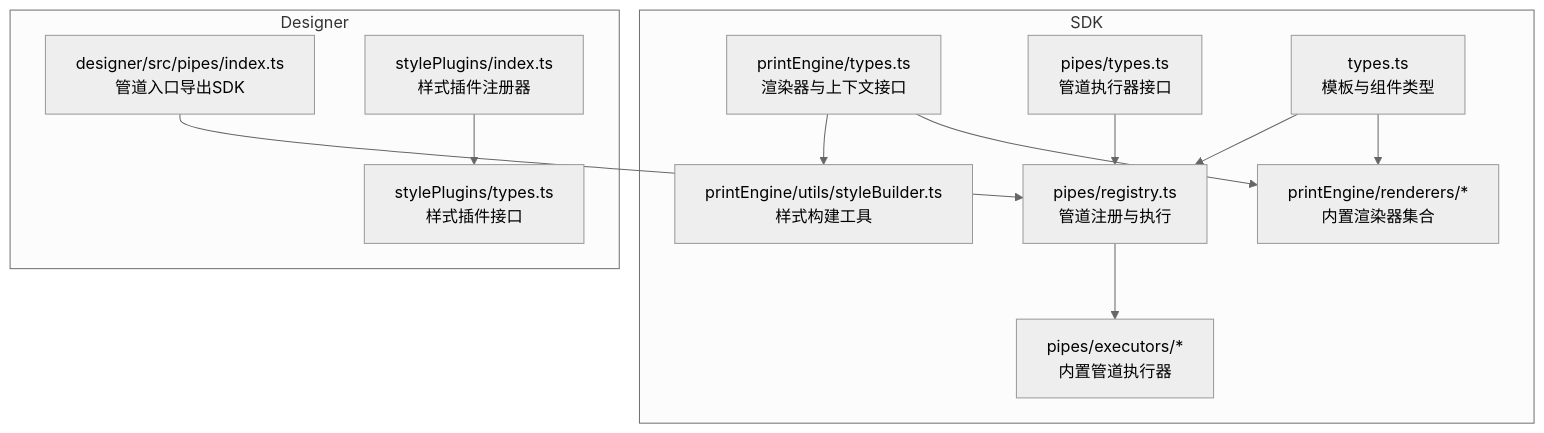
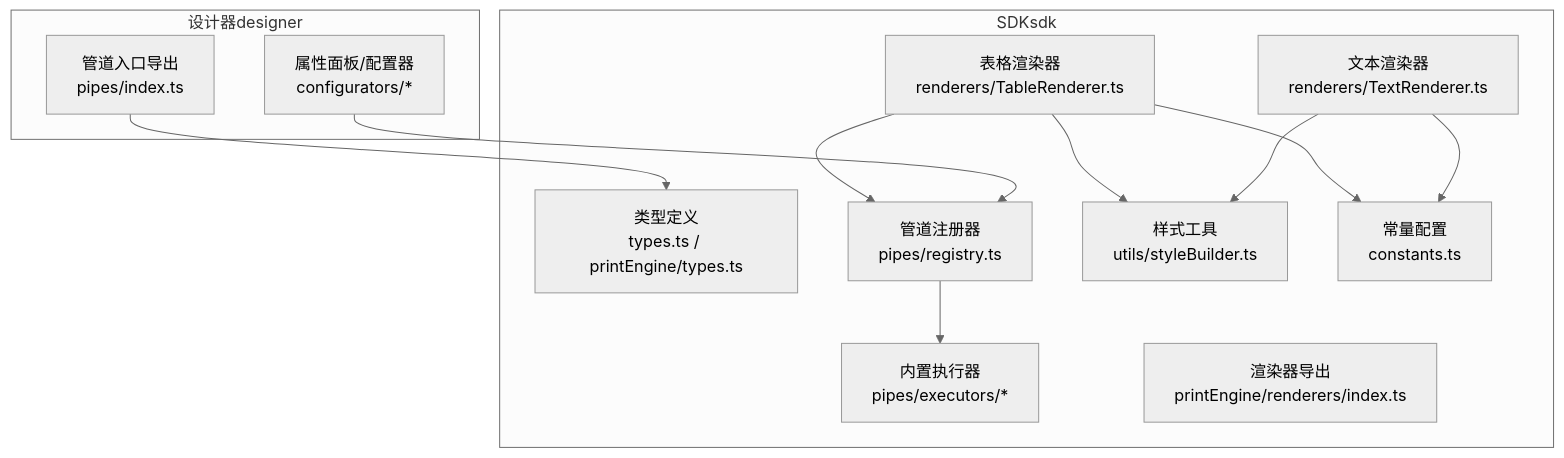
One commit to joker-yjc/printer changed the first of 5 diagrams in .qoder/repowiki/zh/content/扩展开发指南/扩展开发指南.md. Above: the diagram before and after it, drawn with Mermaid (neutral theme). The commit also changed other lines of this file and 274 other files, not shown here.

````diff
--- a/.qoder/repowiki/zh/content/扩展开发指南/扩展开发指南.md
+++ b/.qoder/repowiki/zh/content/扩展开发指南/扩展开发指南.md
@@ -40,25 +43,25 @@
 ```mermaid
 graph TB
-subgraph "SDK"
-A["printEngine/types.ts<br/>渲染器与上下文接口"]
-B["printEngine/renderers/*<br/>内置渲染器集合"]
-C["printEngine/utils/styleBuilder.ts<br/>样式构建工具"]
-D["pipes/types.ts<br/>管道执行器接口"]
-E["pipes/registry.ts<br/>管道注册与执行"]
-F["pipes/executors/*<br/>内置管道执行器"]
-G["types.ts<br/>模板与组件类型"]
+subgraph "设计器designer"
+D_UI["属性面板/配置器<br/>configurators/*"]
+D_API["管道入口导出<br/>pipes/index.ts"]
 end
-subgraph "Designer"
-H["designer/src/pipes/index.ts<br/>管道入口导出SDK"]
-I["stylePlugins/index.ts<br/>样式插件注册器"]
-J["stylePlugins/types.ts<br/>样式插件接口"]
+subgraph "SDKsdk"
+S_TYPES["类型定义<br/>types.ts / printEngine/types.ts"]
+S_PIPE_REG["管道注册器<br/>pipes/registry.ts"]
+S_PIPE_EXEC["内置执行器<br/>pipes/executors/*"]
+S_RENDER_IDX["渲染器导出<br/>printEngine/renderers/index.ts"]
+S_TEXT_R["文本渲染器<br/>renderers/TextRenderer.ts"]
+S_TABLE_R["表格渲染器<br/>renderers/TableRenderer.ts"]
+S_STYLE["样式工具<br/>utils/styleBuilder.ts"]
+S_CONST["常量配置<br/>constants.ts"]
 end
-A --> B
-A --> C
-D --> E
-E --> F
-G --> B
-G --> E
-H --> E
-I --> J
+D_API --> S_TYPES
+D_UI --> S_PIPE_REG
+S_PIPE_REG --> S_PIPE_EXEC
+S_TEXT_R --> S_STYLE
+S_TABLE_R --> S_STYLE
+S_TABLE_R --> S_PIPE_REG
+S_TEXT_R --> S_CONST
+S_TABLE_R --> S_CONST
 ```
````
